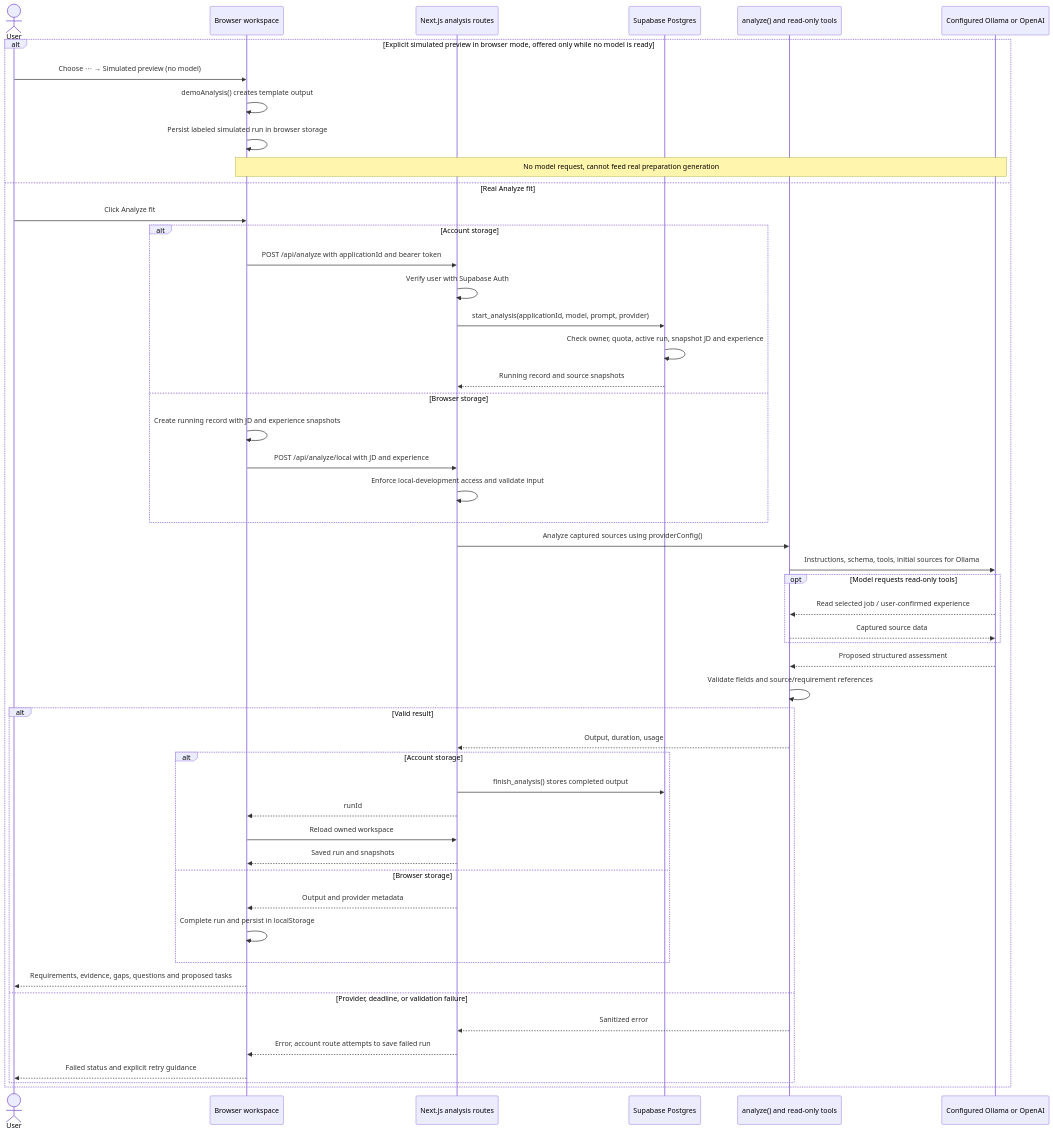
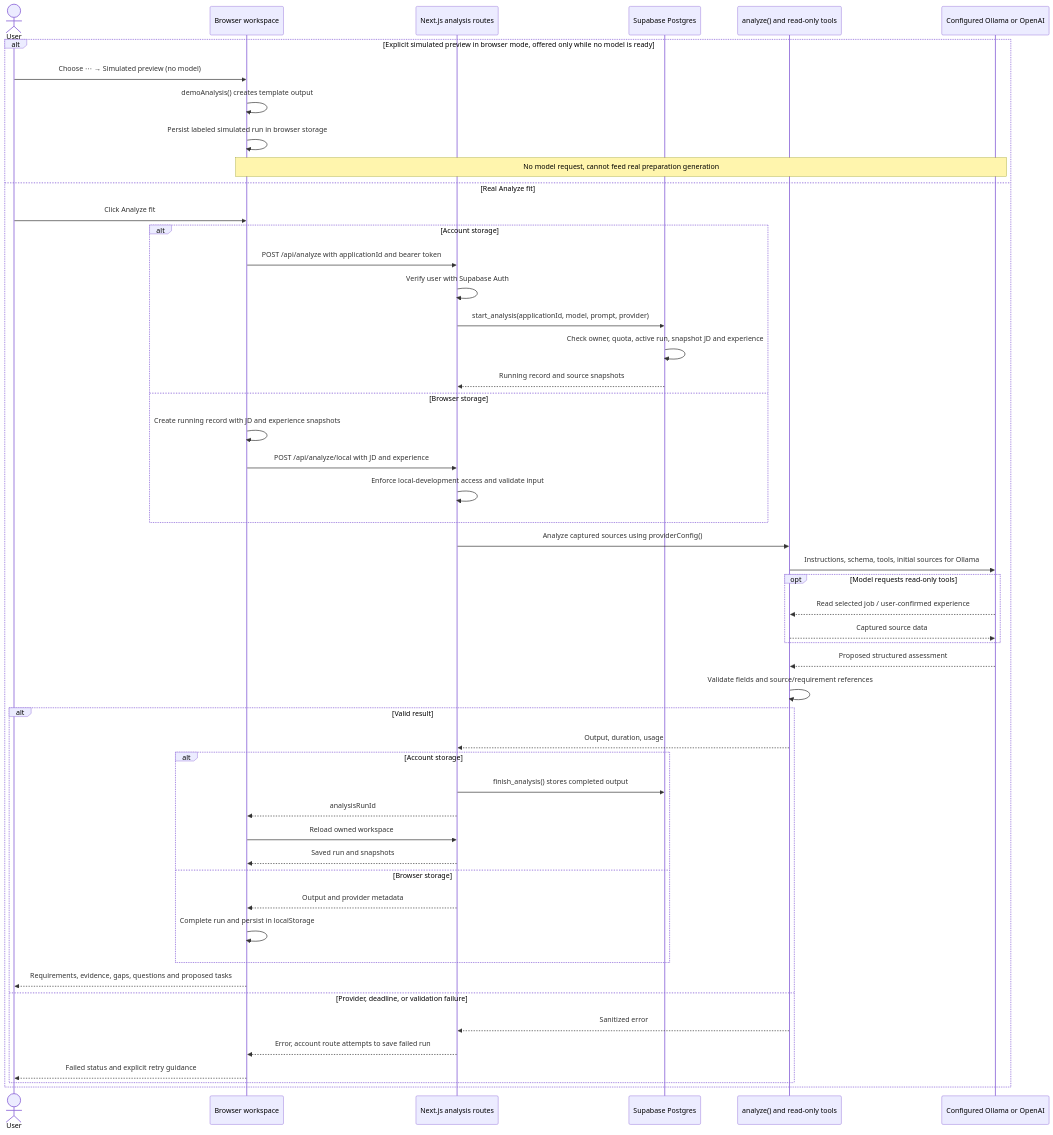
Before and after one commit to horadam/fieldwork: the diagram in docs/architecture/fit-analysis.md, drawn with Mermaid. The commit also changed 14 other files, not shown here.

Commit message:
refactor: clarify fit analysis run naming

````diff
--- a/docs/architecture/fit-analysis.md
+++ b/docs/architecture/fit-analysis.md
@@ -12,53 +12,53 @@
 ```mermaid
 sequenceDiagram
   actor User
   participant UI as Browser workspace
   participant API as Next.js analysis routes
   participant DB as Supabase Postgres
   participant Agent as analyze() and read-only tools
   participant Model as Configured Ollama or OpenAI
   alt Explicit simulated preview in browser mode, offered only while no model is ready
     User->>UI: Choose ⋯ → Simulated preview (no model)
     UI->>UI: demoAnalysis() creates template output
     UI->>UI: Persist labeled simulated run in browser storage
     Note over UI,Model: No model request, cannot feed real preparation generation
   else Real Analyze fit
     User->>UI: Click Analyze fit
     alt Account storage
       UI->>API: POST /api/analyze with applicationId and bearer token
       API->>API: Verify user with Supabase Auth
       API->>DB: start_analysis(applicationId, model, prompt, provider)
       DB->>DB: Check owner, quota, active run, snapshot JD and experience
       DB-->>API: Running record and source snapshots
     else Browser storage
       UI->>UI: Create running record with JD and experience snapshots
       UI->>API: POST /api/analyze/local with JD and experience
       API->>API: Enforce local-development access and validate input
     end
     API->>Agent: Analyze captured sources using providerConfig()
     Agent->>Model: Instructions, schema, tools, initial sources for Ollama
     opt Model requests read-only tools
       Model-->>Agent: Read selected job / user-confirmed experience
       Agent-->>Model: Captured source data
     end
     Model-->>Agent: Proposed structured assessment
     Agent->>Agent: Validate fields and source/requirement references
     alt Valid result
       Agent-->>API: Output, duration, usage
       alt Account storage
         API->>DB: finish_analysis() stores completed output
-        API-->>UI: runId
+        API-->>UI: analysisRunId
         UI->>API: Reload owned workspace
         API-->>UI: Saved run and snapshots
       else Browser storage
         API-->>UI: Output and provider metadata
         UI->>UI: Complete run and persist in localStorage
       end
       UI-->>User: Requirements, evidence, gaps, questions and proposed tasks
     else Provider, deadline, or validation failure
       Agent-->>API: Sanitized error
       API-->>UI: Error, account route attempts to save failed run
       UI-->>User: Failed status and explicit retry guidance
     end
   end
 ```
````
